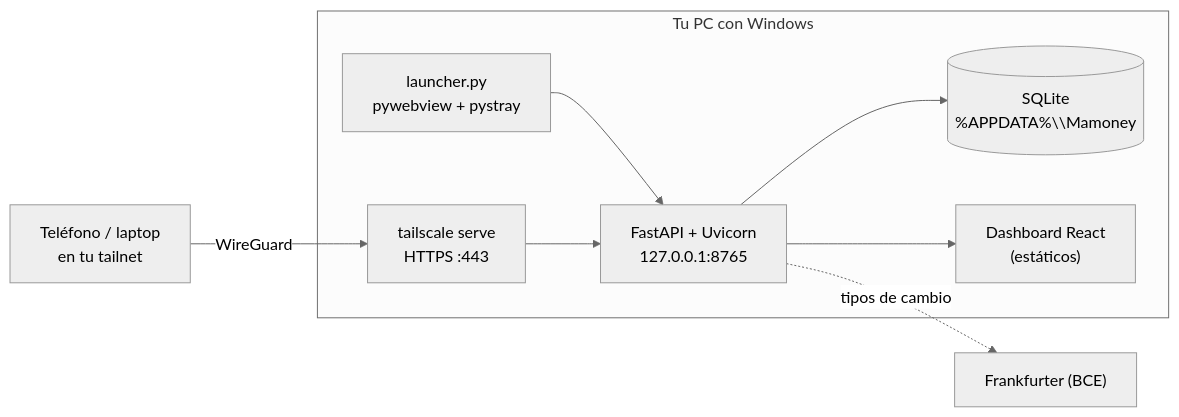
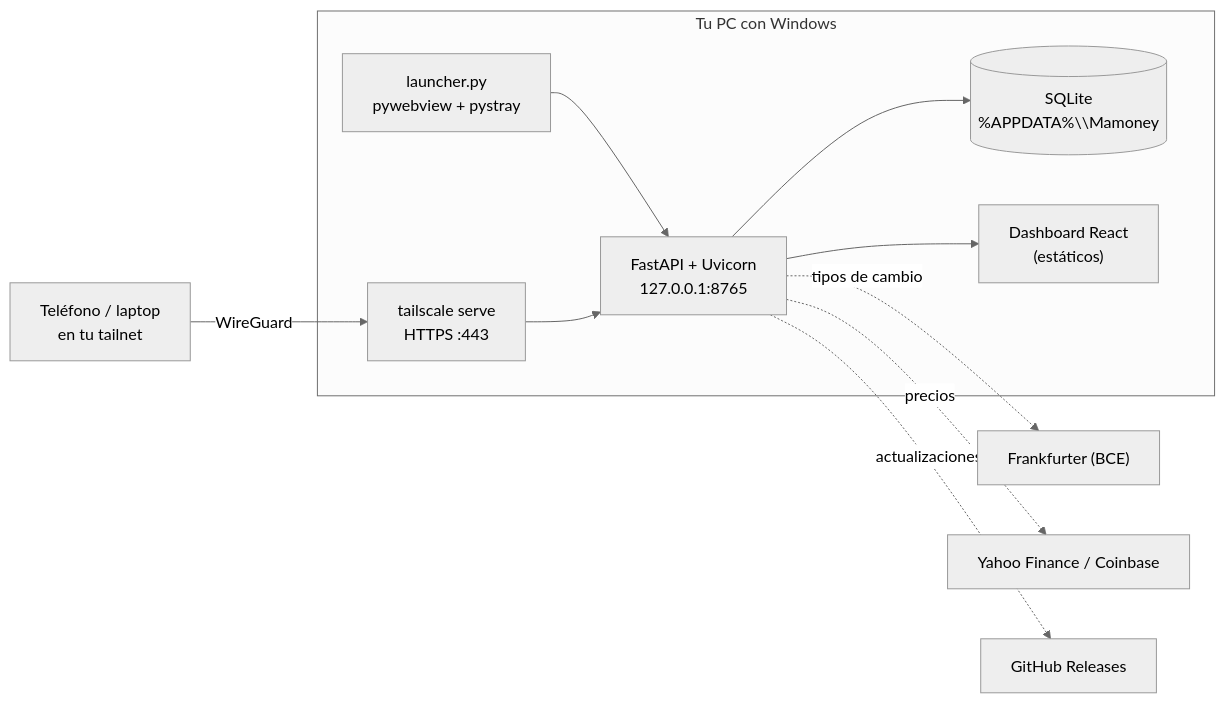
Before and after one commit to ahiram1701/Mamoney: the diagram in README.md, drawn with Mermaid (neutral theme). The commit also changed other lines of this file and 1 other file, not shown here.

````diff
--- a/README.md
+++ b/README.md
@@ -165,11 +169,13 @@
 ```mermaid
 flowchart LR
     subgraph PC["Tu PC con Windows"]
         L["launcher.py<br/>pywebview + pystray"] --> S
         S["FastAPI + Uvicorn<br/>127.0.0.1:8765"] --> DB[("SQLite<br/>%APPDATA%\\Mamoney")]
         S --> UI["Dashboard React<br/>(estáticos)"]
         TS["tailscale serve<br/>HTTPS :443"] --> S
     end
     Phone["Teléfono / laptop<br/>en tu tailnet"] -- "WireGuard" --> TS
     S -. "tipos de cambio" .-> FX["Frankfurter (BCE)"]
+    S -. "precios" .-> MK["Yahoo Finance / Coinbase"]
+    S -. "actualizaciones" .-> GH["GitHub Releases"]
 ```
````
